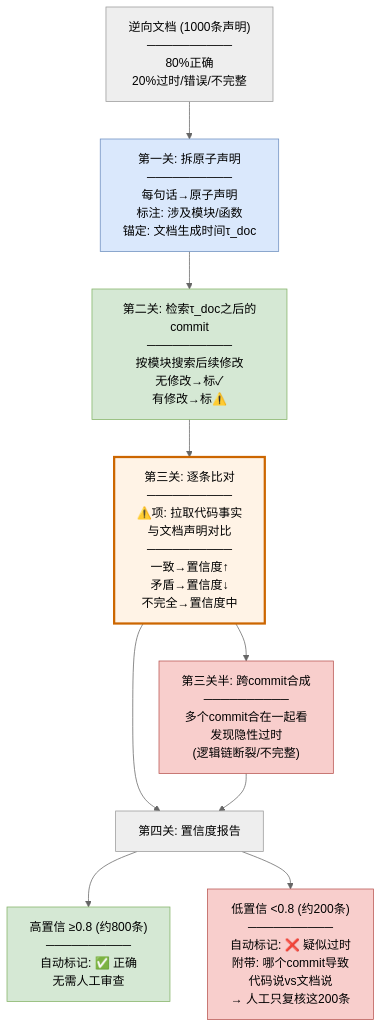
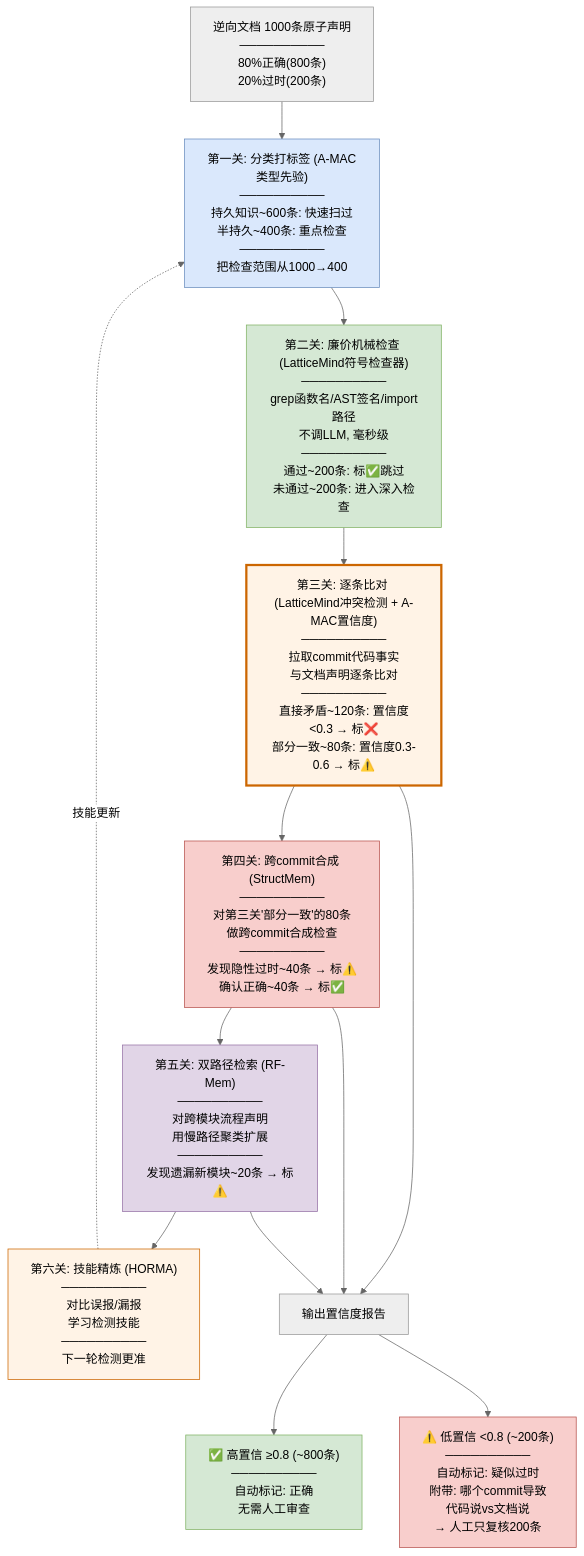
The diagram in paper/4. StructMem_逆向文档校验场景.md (hututuxinyu/Memory), drawn with Mermaid (neutral theme) before and after one commit. The commit also changed other lines of this file, not shown here.

````diff
--- a/paper/4. StructMem_逆向文档校验场景.md
+++ b/paper/4. StructMem_逆向文档校验场景.md
@@ -292,23 +377,34 @@
 ```mermaid
 flowchart TD
-    A["逆向文档 (1000条声明)<br/>──────────<br/>80%正确<br/>20%过时/错误/不完整"] --> B["第一关: 拆原子声明<br/>──────────<br/>每句话→原子声明<br/>标注: 涉及模块/函数<br/>锚定: 文档生成时间τ_doc"]
+    A["逆向文档 1000条原子声明<br/>──────────<br/>80%正确(800条)<br/>20%过时(200条)"] 
+    
+    A --> B["第一关: 分类打标签 (A-MAC类型先验)<br/>──────────<br/>持久知识~600条: 快速扫过<br/>半持久~400条: 重点检查<br/>──────────<br/>把检查范围从1000→400"]
 
-    B --> C["第二关: 检索τ_doc之后的commit<br/>──────────<br/>按模块搜索后续修改<br/>无修改→标✓<br/>有修改→标⚠️"]
+    B --> C["第二关: 廉价机械检查 (LatticeMind符号检查器)<br/>──────────<br/>grep函数名/AST签名/import路径<br/>不调LLM, 毫秒级<br/>──────────<br/>通过~200条: 标✅跳过<br/>未通过~200条: 进入深入检查"]
 
-    C --> D["第三关: 逐条比对<br/>──────────<br/>⚠️项: 拉取代码事实<br/>与文档声明对比<br/>──────────<br/>一致→置信度↑<br/>矛盾→置信度↓<br/>不完全→置信度中"]
+    C --> D["第三关: 逐条比对 (LatticeMind冲突检测 + A-MAC置信度)<br/>──────────<br/>拉取commit代码事实<br/>与文档声明逐条比对<br/>──────────<br/>直接矛盾~120条: 置信度<0.3 → 标❌<br/>部分一致~80条: 置信度0.3-0.6 → 标⚠️"]
 
-    D --> E["第三关半: 跨commit合成<br/>──────────<br/>多个commit合在一起看<br/>发现隐性过时<br/>(逻辑链断裂/不完整)"]
+    D --> E["第四关: 跨commit合成 (StructMem)<br/>──────────<br/>对第三关'部分一致'的80条<br/>做跨commit合成检查<br/>──────────<br/>发现隐性过时~40条 → 标⚠️<br/>确认正确~40条 → 标✅"]
 
-    D --> F["第四关: 置信度报告"]
-    E --> F
+    E --> F["第五关: 双路径检索 (RF-Mem)<br/>──────────<br/>对跨模块流程声明<br/>用慢路径聚类扩展<br/>──────────<br/>发现遗漏新模块~20条 → 标⚠️"]
 
-    F --> F1["高置信 ≥0.8 (约800条)<br/>──────────<br/>自动标记: ✅ 正确<br/>无需人工审查"]
-    F --> F2["低置信 <0.8 (约200条)<br/>──────────<br/>自动标记: ❌ 疑似过时<br/>附带: 哪个commit导致<br/>代码说vs文档说<br/>→ 人工只复核这200条"]
+    F --> G["第六关: 技能精炼 (HORMA)<br/>──────────<br/>对比误报/漏报<br/>学习检测技能<br/>──────────<br/>下一轮检测更准"]
+
+    D --> H["输出置信度报告"]
+    E --> H
+    F --> H
+
+    H --> H1["✅ 高置信 ≥0.8 (~800条)<br/>──────────<br/>自动标记: 正确<br/>无需人工审查"]
+    H --> H2["⚠️ 低置信 <0.8 (~200条)<br/>──────────<br/>自动标记: 疑似过时<br/>附带: 哪个commit导致<br/>代码说vs文档说<br/>→ 人工只复核200条"]
+
+    G -.->|"技能更新"| B
 
     style B fill:#dae8fc,stroke:#6c8ebf
     style C fill:#d5e8d4,stroke:#82b366
     style D fill:#fff3e6,stroke:#cc6600,stroke-width:3px
     style E fill:#f8cecc,stroke:#b85450
-    style F2 fill:#f8cecc,stroke:#b85450
-    style F1 fill:#d5e8d4,stroke:#82b366
+    style F fill:#e1d5e7,stroke:#9673a6
+    style G fill:#fff3e6,stroke:#cc6600
+    style H2 fill:#f8cecc,stroke:#b85450
+    style H1 fill:#d5e8d4,stroke:#82b366
 ```
````
